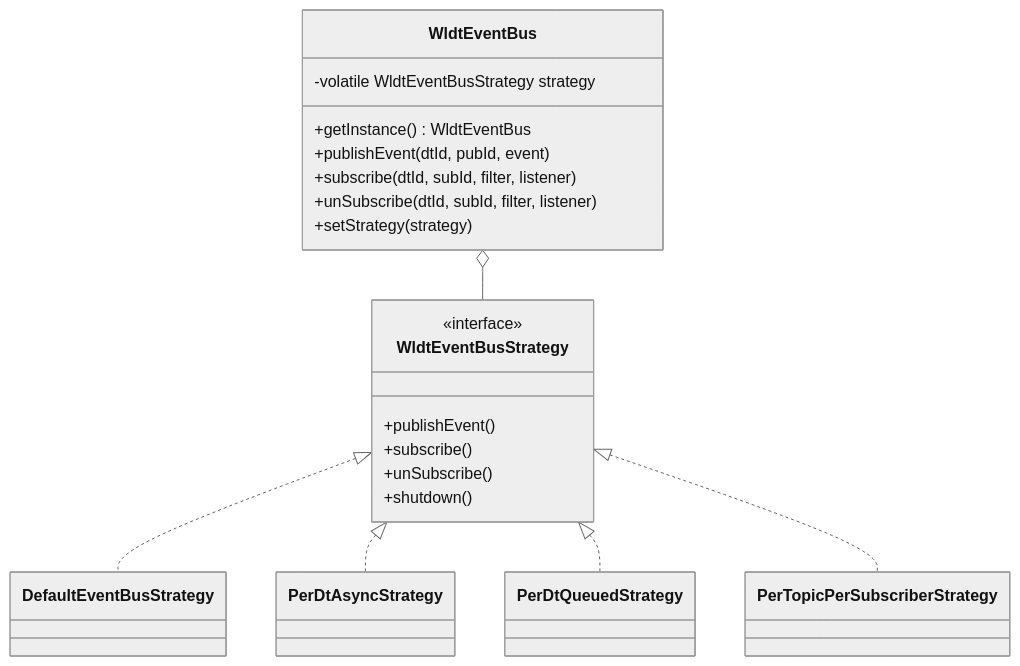
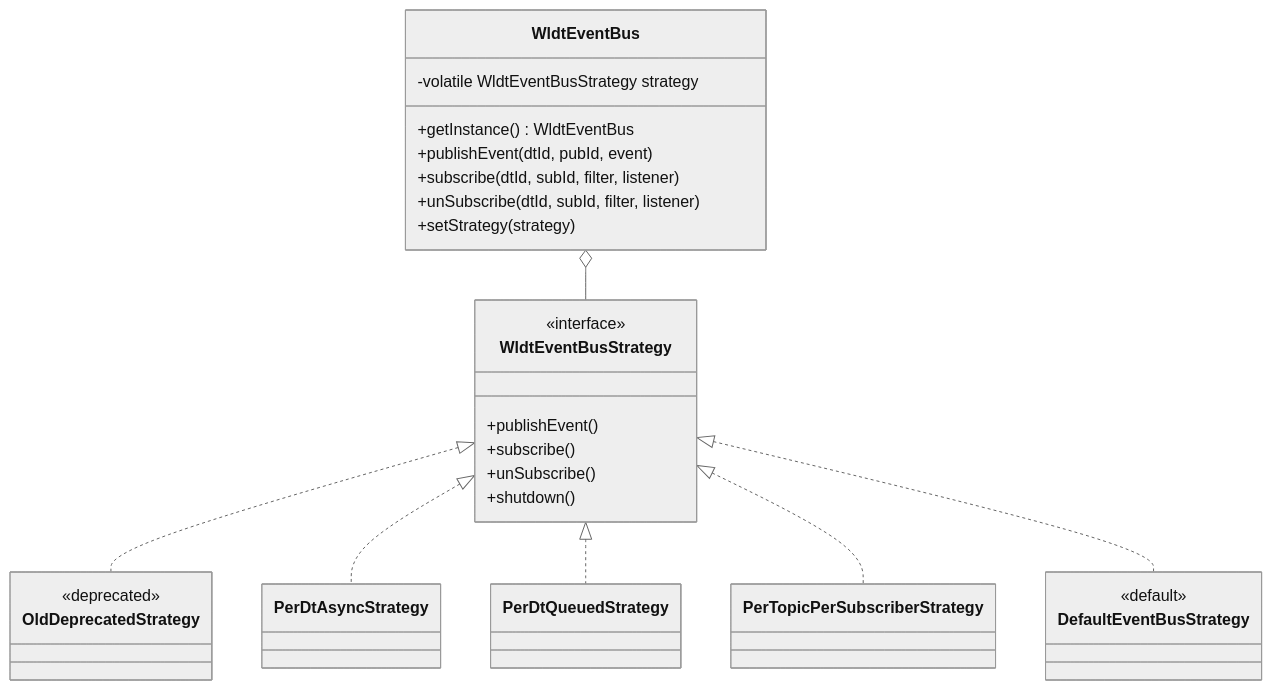
Before and after one commit to wldt/wldt-core-java: the first of 14 diagrams in docs/event_bus_evaluation.md, drawn with Mermaid (neutral theme). The commit also changed other lines of this file and 20 other files, not shown here.

Commit message:
Add OldDeprecatedStrategy, new DefaultEventBusStrategy and update EventBus tests for backward compatibility

````diff
--- a/docs/event_bus_evaluation.md
+++ b/docs/event_bus_evaluation.md
@@ -62,28 +62,34 @@
 ```mermaid
 classDiagram
     class WldtEventBus {
         -volatile WldtEventBusStrategy strategy
         +getInstance() WldtEventBus
         +publishEvent(dtId, pubId, event)
         +subscribe(dtId, subId, filter, listener)
         +unSubscribe(dtId, subId, filter, listener)
         +setStrategy(strategy)
     }
     class WldtEventBusStrategy {
         <<interface>>
         +publishEvent()
         +subscribe()
         +unSubscribe()
         +shutdown()
     }
-    class DefaultEventBusStrategy
+    class OldDeprecatedStrategy {
+        <<deprecated>>
+    }
     class PerDtAsyncStrategy
     class PerDtQueuedStrategy
     class PerTopicPerSubscriberStrategy
+    class DefaultEventBusStrategy {
+        <<default>>
+    }
 
     WldtEventBus o-- WldtEventBusStrategy
-    WldtEventBusStrategy <|.. DefaultEventBusStrategy
+    WldtEventBusStrategy <|.. OldDeprecatedStrategy
     WldtEventBusStrategy <|.. PerDtAsyncStrategy
     WldtEventBusStrategy <|.. PerDtQueuedStrategy
     WldtEventBusStrategy <|.. PerTopicPerSubscriberStrategy
+    WldtEventBusStrategy <|.. DefaultEventBusStrategy
 ```
````
